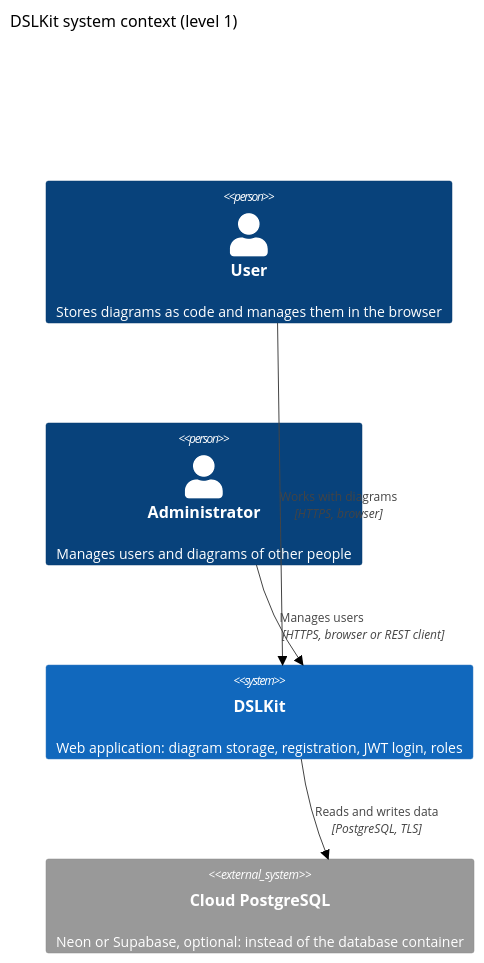
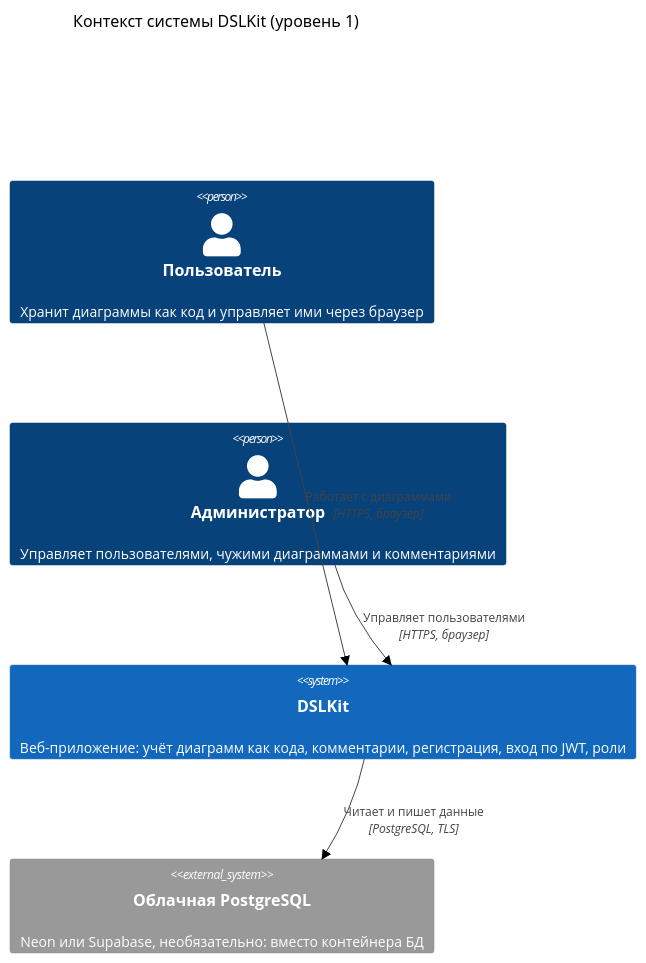
The second of 4 diagrams in course-project/note.en.md (KsushaKhadzhinova/DSLKit-Project), drawn with Mermaid (forest theme) before and after one commit. The commit also changed other lines of this file and 7 other files, not shown here.

````diff
--- a/course-project/note.en.md
+++ b/course-project/note.en.md
@@ -778,11 +921,11 @@
 ```mermaid
 C4Context
-  title DSLKit system context (level 1)
-  Person(user, "User", "Stores diagrams as code and manages them in the browser")
-  Person(admin, "Administrator", "Manages users and diagrams of other people")
-  System(dslkit, "DSLKit", "Web application: diagram storage, registration, JWT login, roles")
-  System_Ext(cloud_db, "Cloud PostgreSQL", "Neon or Supabase, optional: instead of the database container")
-  Rel(user, dslkit, "Works with diagrams", "HTTPS, browser")
-  Rel(admin, dslkit, "Manages users", "HTTPS, browser or REST client")
-  Rel(dslkit, cloud_db, "Reads and writes data", "PostgreSQL, TLS")
+  title Контекст системы DSLKit (уровень 1)
+  Person(user, "Пользователь", "Хранит диаграммы как код и управляет ими через браузер")
+  Person(admin, "Администратор", "Управляет пользователями, чужими диаграммами и комментариями")
+  System(dslkit, "DSLKit", "Веб-приложение: учёт диаграмм как кода, комментарии, регистрация, вход по JWT, роли")
+  System_Ext(cloud_db, "Облачная PostgreSQL", "Neon или Supabase, необязательно: вместо контейнера БД")
+  Rel(user, dslkit, "Работает с диаграммами", "HTTPS, браузер")
+  Rel(admin, dslkit, "Управляет пользователями", "HTTPS, браузер")
+  Rel(dslkit, cloud_db, "Читает и пишет данные", "PostgreSQL, TLS")
 ```
````
